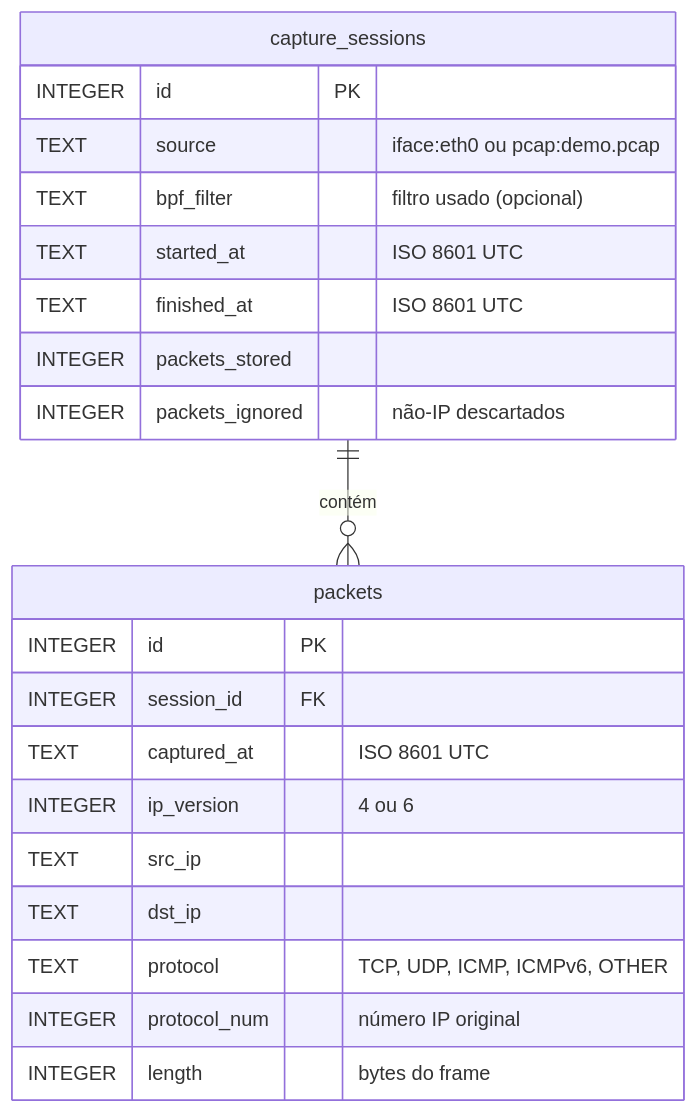
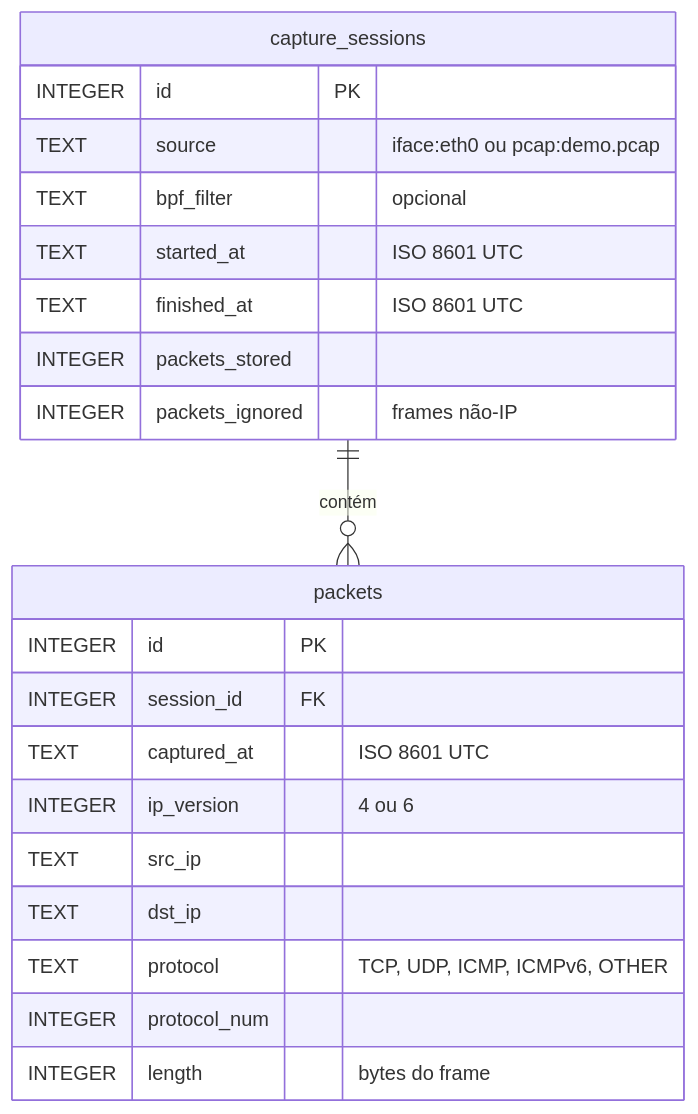
Before and after one commit to brunodrapalski-hue/Analizador-de-trafego: the diagram in docs/banco-de-dados.md, drawn with Mermaid. The commit also changed other lines of this file and 10 other files, not shown here.

````diff
--- a/docs/banco-de-dados.md
+++ b/docs/banco-de-dados.md
@@ -15,26 +11,26 @@
 ```mermaid
 erDiagram
     capture_sessions ||--o{ packets : "contém"
 
     capture_sessions {
         INTEGER id PK
         TEXT source "iface:eth0 ou pcap:demo.pcap"
-        TEXT bpf_filter "filtro usado (opcional)"
+        TEXT bpf_filter "opcional"
         TEXT started_at "ISO 8601 UTC"
         TEXT finished_at "ISO 8601 UTC"
         INTEGER packets_stored
-        INTEGER packets_ignored "não-IP descartados"
+        INTEGER packets_ignored "frames não-IP"
     }
 
     packets {
         INTEGER id PK
         INTEGER session_id FK
         TEXT captured_at "ISO 8601 UTC"
         INTEGER ip_version "4 ou 6"
         TEXT src_ip
         TEXT dst_ip
         TEXT protocol "TCP, UDP, ICMP, ICMPv6, OTHER"
-        INTEGER protocol_num "número IP original"
+        INTEGER protocol_num
         INTEGER length "bytes do frame"
     }
 ```
````
